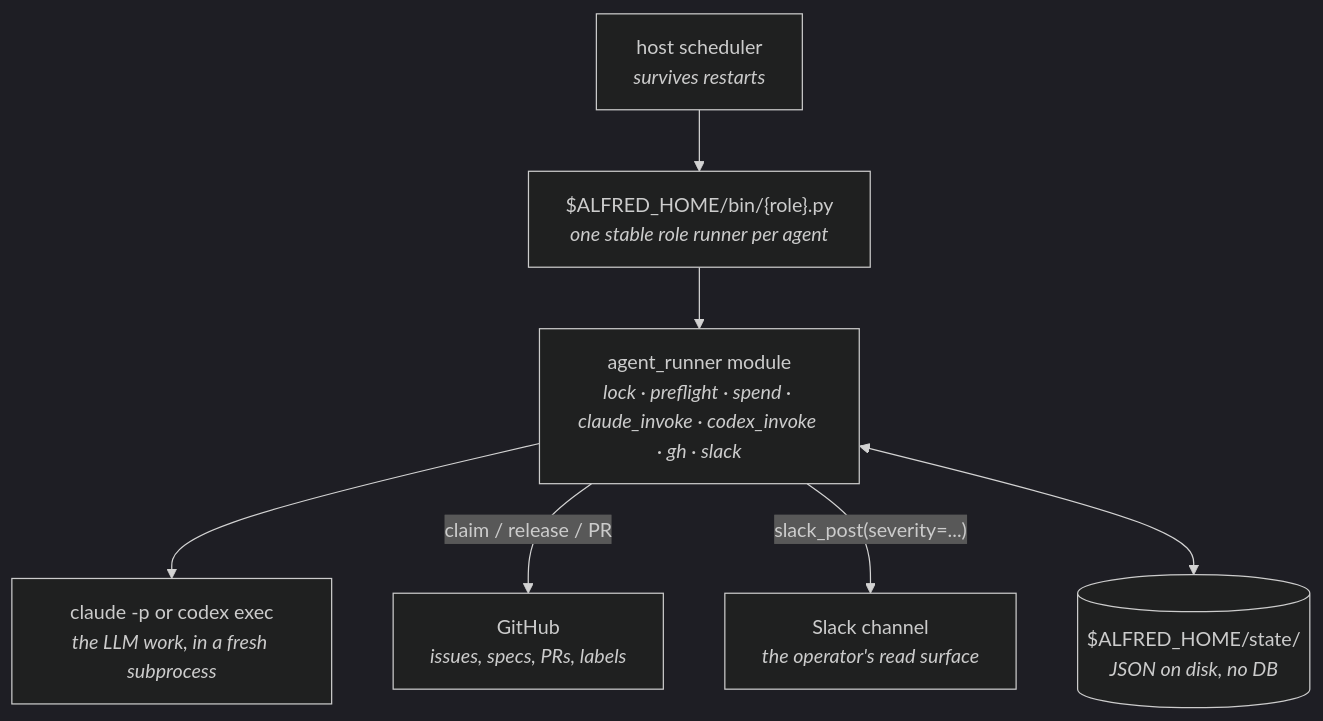
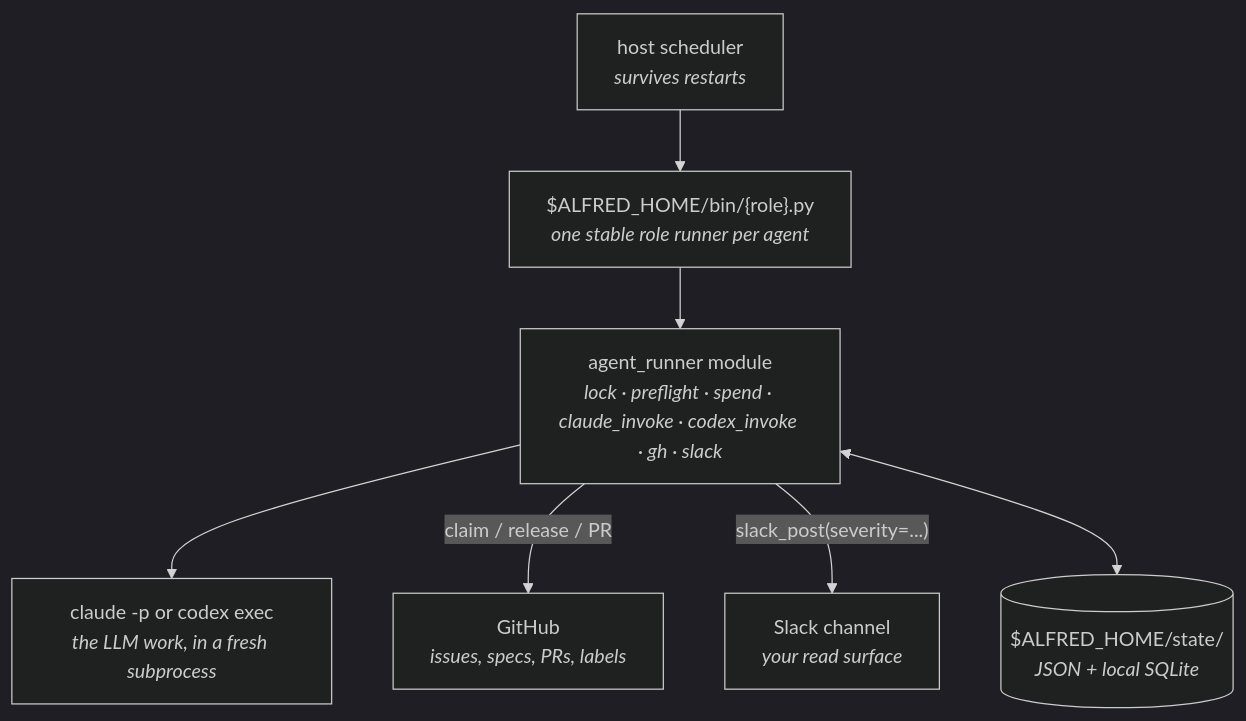
The diagram in site/src/content/docs/docs.mdx (luminik-io/alfred-os), drawn with Mermaid (dark theme) before and after one commit. The commit also changed other lines of this file and 142 other files, not shown here.

````diff
--- a/site/src/content/docs/docs.mdx
+++ b/site/src/content/docs/docs.mdx
@@ -38,15 +40,15 @@
 ```mermaid
 flowchart TB
     scheduler["host scheduler<br/><i>survives restarts</i>"]
     role["$ALFRED_HOME/bin/{role}.py<br/><i>one stable role runner per agent</i>"]
     runner["agent_runner module<br/><i>lock · preflight · spend · claude_invoke · codex_invoke · gh · slack</i>"]
     engine["claude -p or codex exec<br/><i>the LLM work, in a fresh subprocess</i>"]
     gh["GitHub<br/><i>issues, specs, PRs, labels</i>"]
-    slack["Slack channel<br/><i>the operator's read surface</i>"]
-    state[("$ALFRED_HOME/state/<br/><i>JSON on disk, no DB</i>")]
+    slack["Slack channel<br/><i>your read surface</i>"]
+    state[("$ALFRED_HOME/state/<br/><i>JSON + local SQLite</i>")]
 
     scheduler --> role --> runner --> engine
     runner -- "claim / release / PR" --> gh
     runner -- "slack_post(severity=...)" --> slack
     runner <--> state
 ```
````
